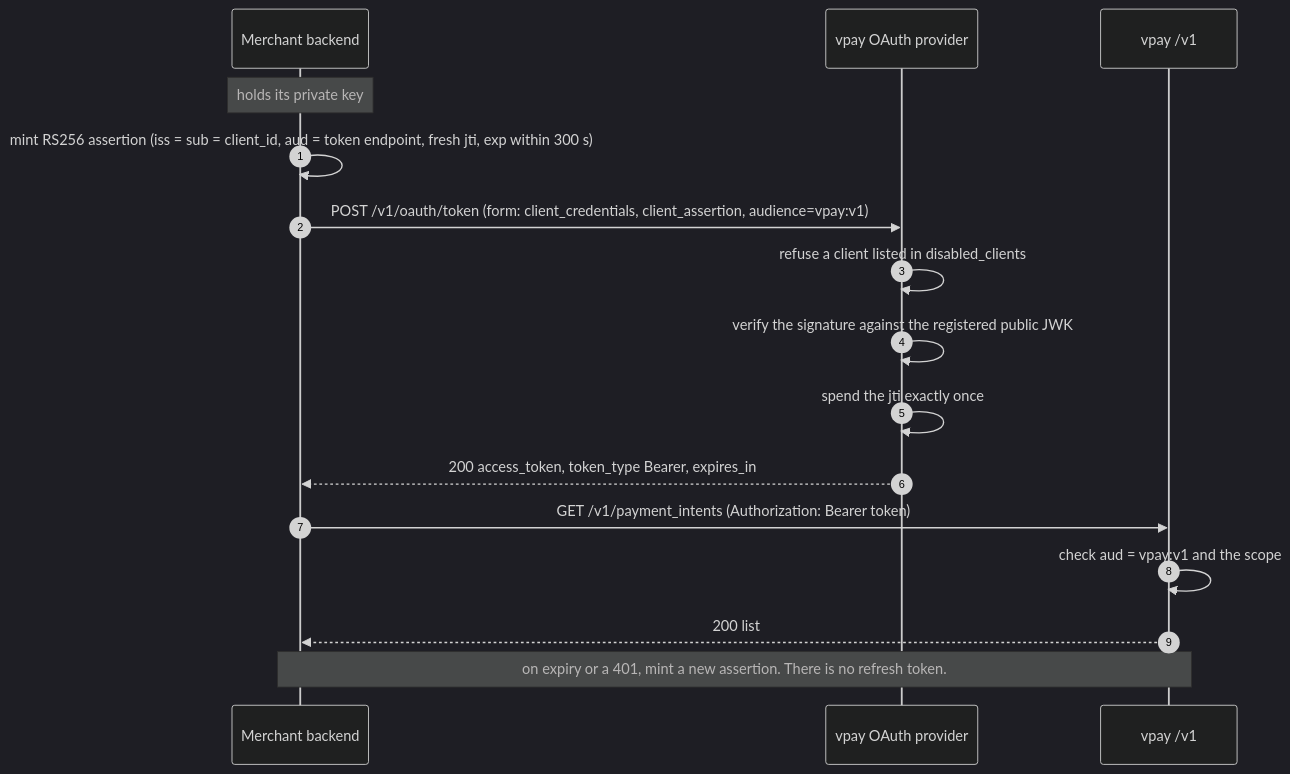
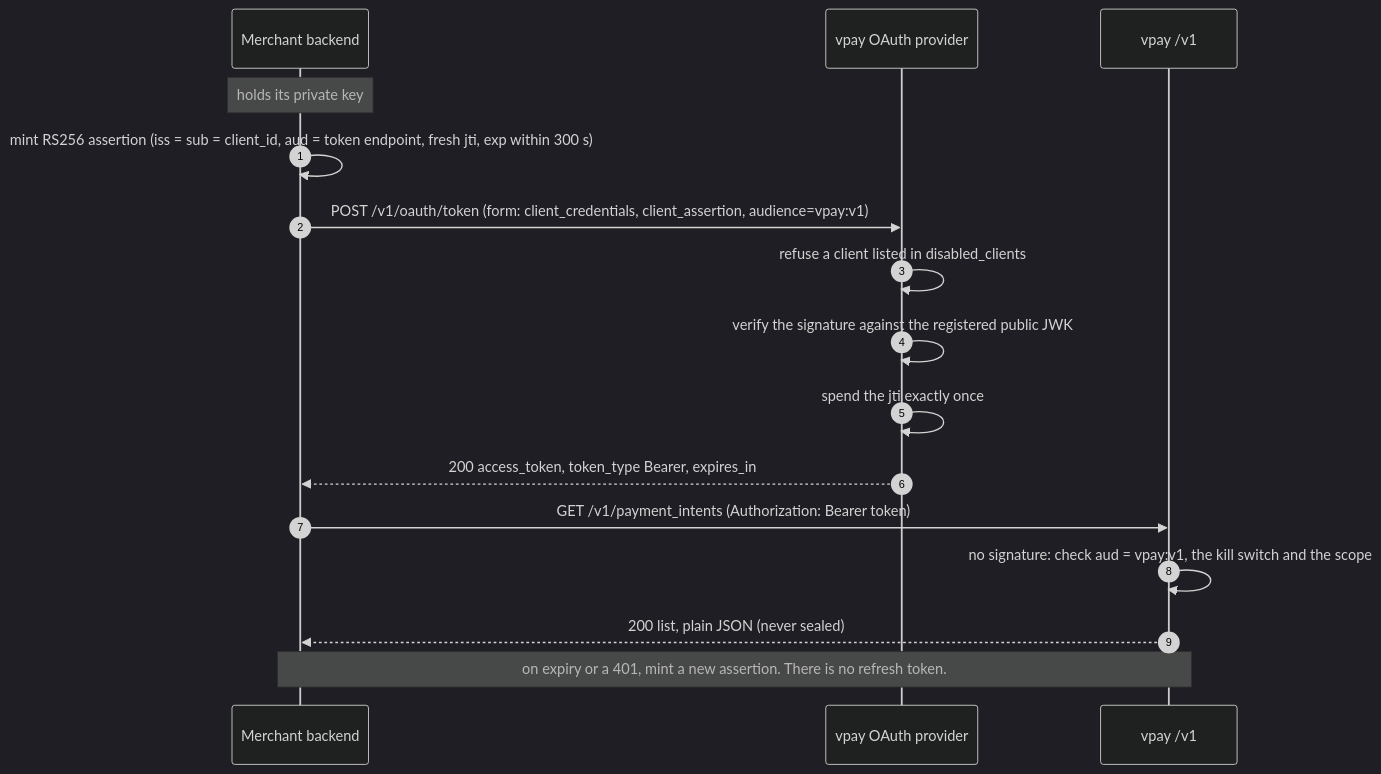
Before and after one commit to vaam-apps/vpay-docs: the diagram in docs/api/authentication.md, drawn with Mermaid (dark theme). The commit also changed other lines of this file and 29 other files, not shown here.

````diff
--- a/docs/api/authentication.md
+++ b/docs/api/authentication.md
@@ -62,18 +109,18 @@
 ```mermaid
 sequenceDiagram
   autonumber
   participant M as Merchant backend
   participant OP as vpay OAuth provider
   participant V as vpay /v1
   Note over M: holds its private key
   M->>M: mint RS256 assertion (iss = sub = client_id, aud = token endpoint, fresh jti, exp within 300 s)
   M->>OP: POST /v1/oauth/token (form: client_credentials, client_assertion, audience=vpay:v1)
   OP->>OP: refuse a client listed in disabled_clients
   OP->>OP: verify the signature against the registered public JWK
   OP->>OP: spend the jti exactly once
   OP-->>M: 200 access_token, token_type Bearer, expires_in
   M->>V: GET /v1/payment_intents (Authorization: Bearer token)
-  V->>V: check aud = vpay:v1 and the scope
-  V-->>M: 200 list
+  V->>V: no signature: check aud = vpay:v1, the kill switch and the scope
+  V-->>M: 200 list, plain JSON (never sealed)
   Note over M,V: on expiry or a 401, mint a new assertion. There is no refresh token.
 ```
````
